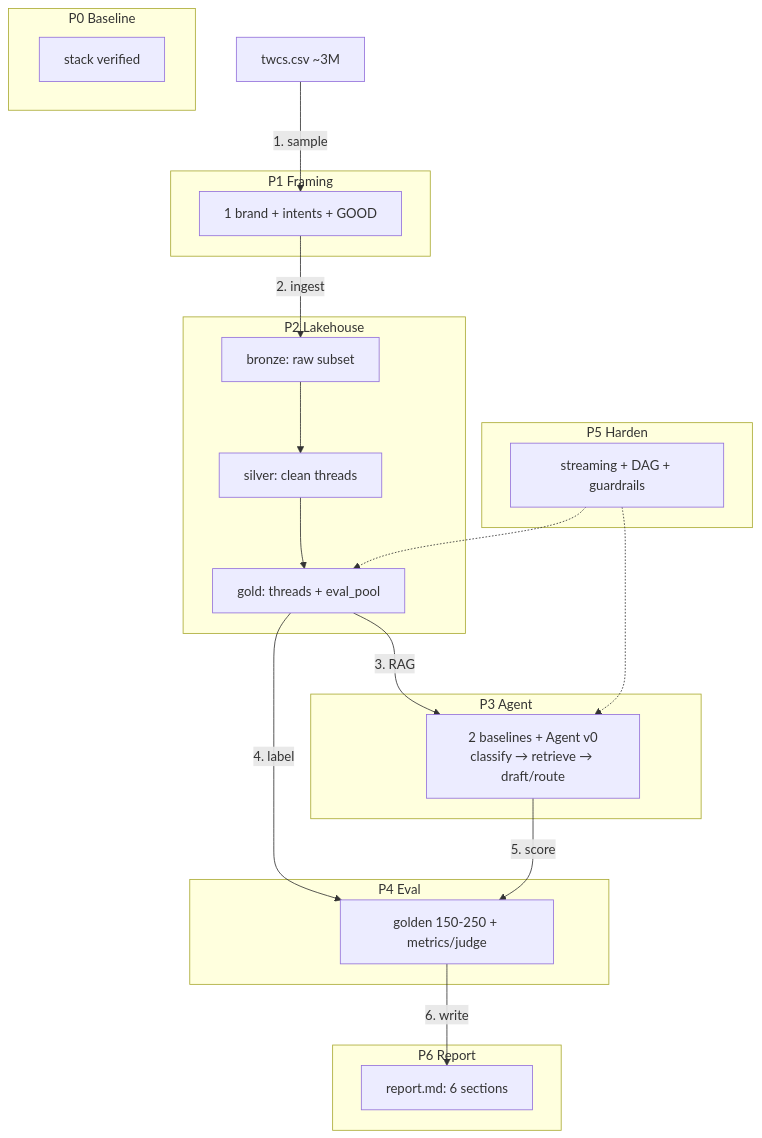
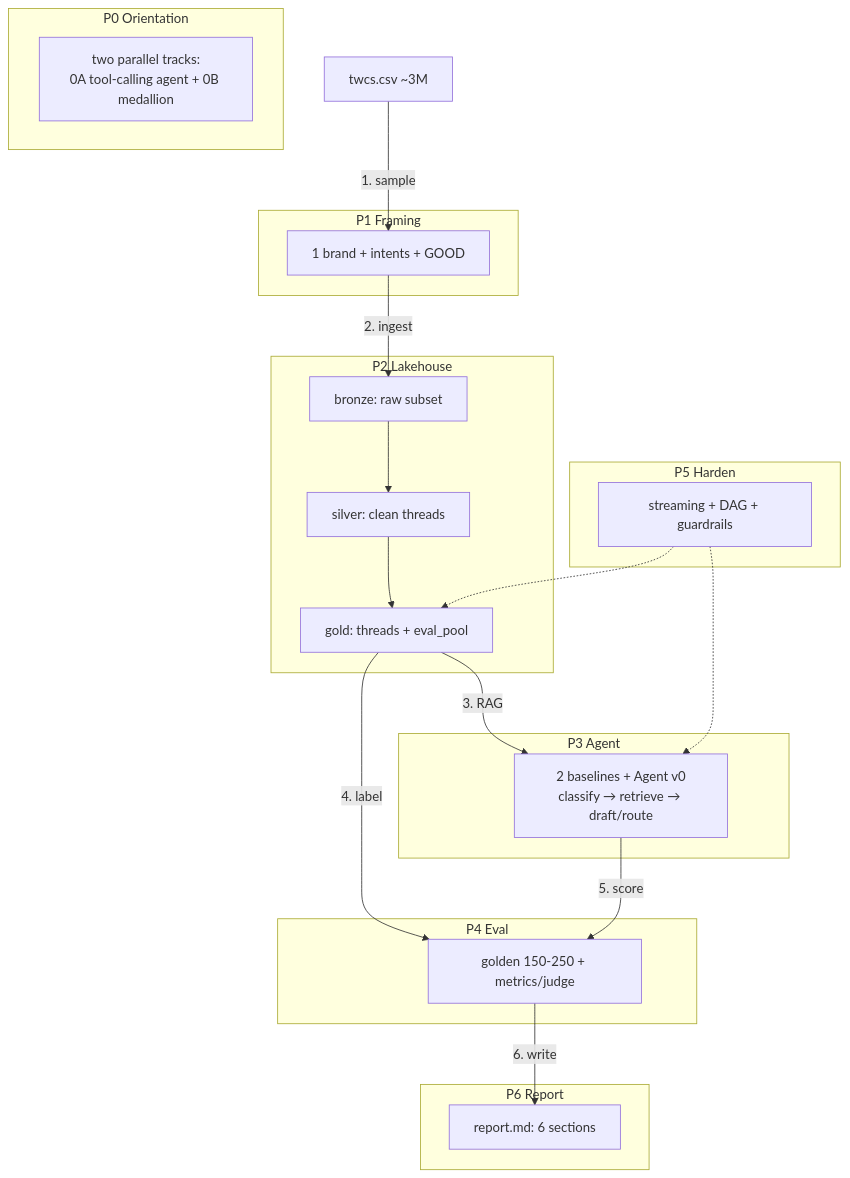
The first of 2 diagrams in hiver/ROADMAP.md (naguraghu99/agents-and-lakehouses), drawn with Mermaid before and after one commit. The commit also changed other lines of this file and 3 other files, not shown here.

First line of the commit message:
Make Phase 0 explicit parallel tracks (0A agentic / 0B lakehouse) + T-shaped rule

````diff
--- a/hiver/ROADMAP.md
+++ b/hiver/ROADMAP.md
@@ -14,33 +14,33 @@
 ```mermaid
 flowchart TB
-    subgraph P0["P0 Baseline"]
-        B0["stack verified"]
+    subgraph P0["P0 Orientation"]
+        B0["two parallel tracks:<br/>0A tool-calling agent + 0B medallion"]
     end
     subgraph P1["P1 Framing"]
         F["1 brand + intents + GOOD"]
     end
     subgraph P2["P2 Lakehouse"]
         B["bronze: raw subset"] --> S["silver: clean threads"] --> G["gold: threads + eval_pool"]
     end
     subgraph P3["P3 Agent"]
         A["2 baselines + Agent v0<br/>classify → retrieve → draft/route"]
     end
     subgraph P4["P4 Eval"]
         H["golden 150-250 + metrics/judge"]
     end
     subgraph P5["P5 Harden"]
         HD["streaming + DAG + guardrails"]
     end
     subgraph P6["P6 Report"]
         R["report.md: 6 sections"]
     end
 
     SRC["twcs.csv ~3M"] -->|"1. sample"| F
     F -->|"2. ingest"| B
     G -->|"3. RAG"| A
     G -->|"4. label"| H
     A -->|"5. score"| H
     H -->|"6. write"| R
     HD -.-> G
     HD -.-> A
 ```
````
